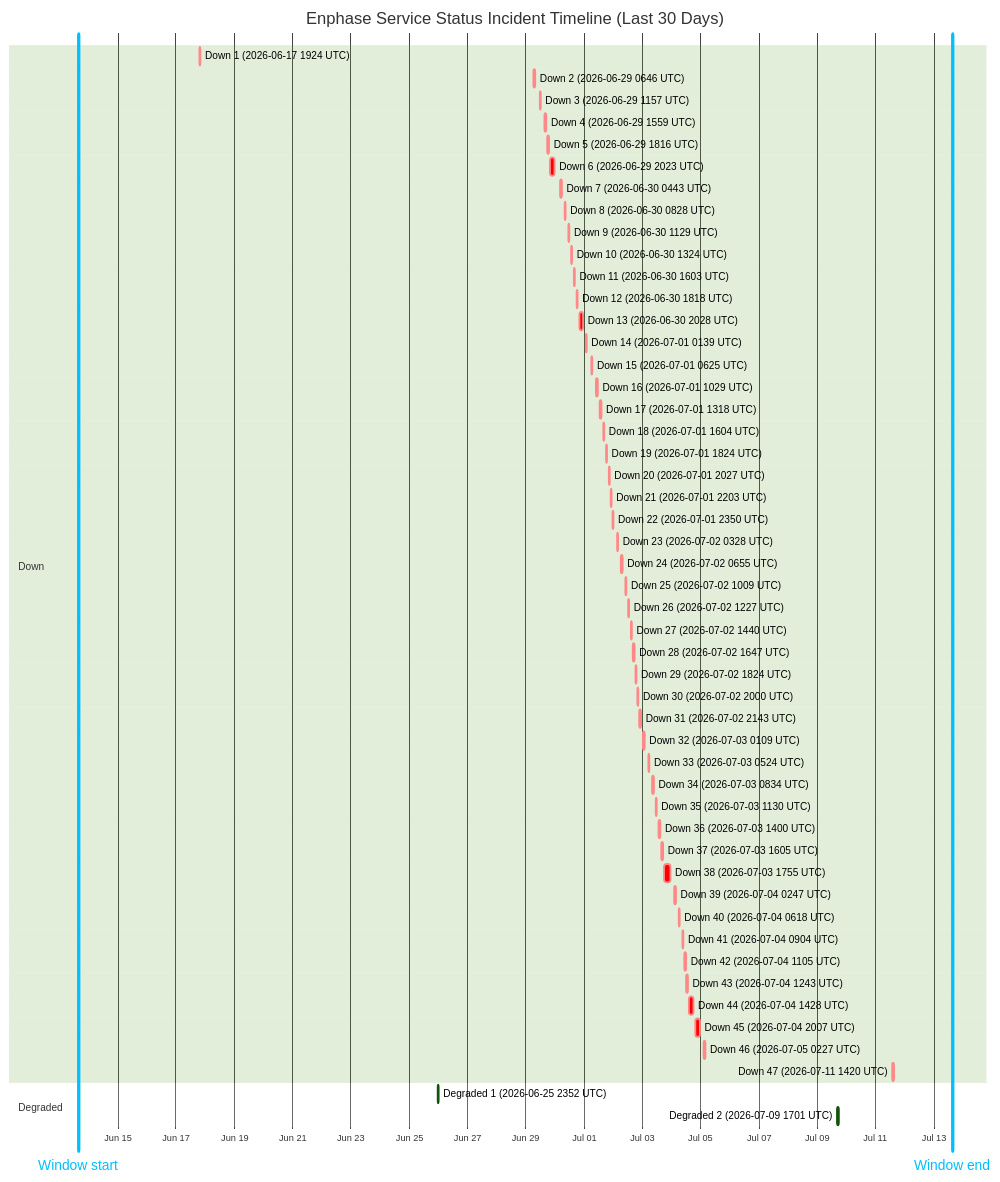
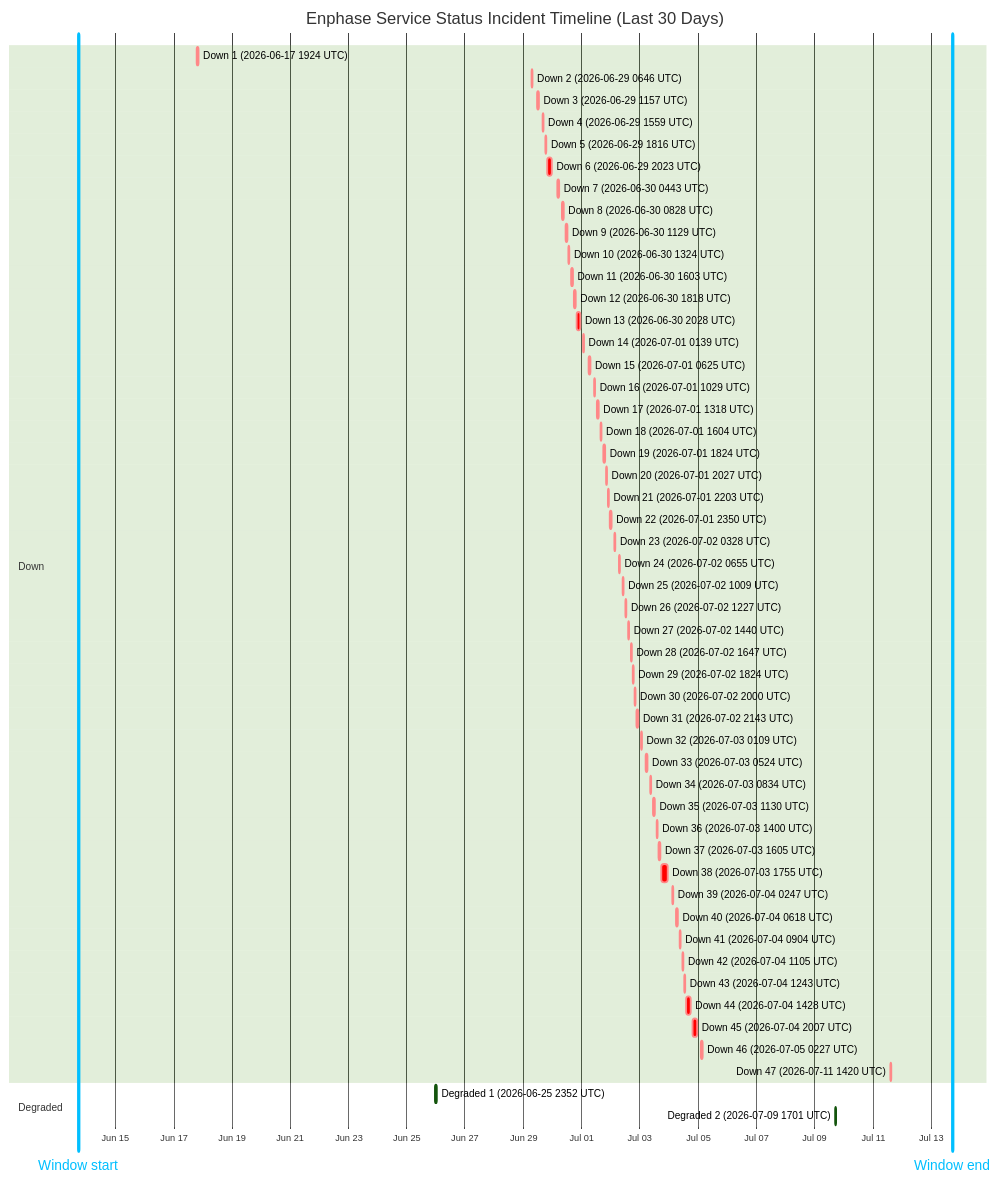
Before and after one commit to barneyonline/ha-enphase-energy: the diagram in wiki/Service-Status-History.md, drawn with Mermaid (forest theme). The commit also changed other lines of this file and 3 other files, not shown here.

````diff
--- a/wiki/Service-Status-History.md
+++ b/wiki/Service-Status-History.md
@@ -14,59 +14,59 @@
 ```mermaid
 gantt
     title Enphase Service Status Incident Timeline (Last 30 Days)
     dateFormat  YYYY-MM-DDTHH:mm:ss
     axisFormat  %b %d
-    Window start :vert, window-start, 2026-06-13T15:26:17, 0ms
-    Window end :vert, window-end, 2026-07-13T15:26:17, 0ms
+    Window start :vert, window-start, 2026-06-13T17:29:58, 0ms
+    Window end :vert, window-end, 2026-07-13T17:29:58, 0ms
     section Down
     Down 1 (2026-06-17 1924 UTC) :crit, down-1, 2026-06-17T19:24:51, 60m
     Down 2 (2026-06-29 0646 UTC) :crit, down-2, 2026-06-29T06:46:18, 60m
     Down 3 (2026-06-29 1157 UTC) :crit, down-3, 2026-06-29T11:57:36, 60m
     Down 4 (2026-06-29 1559 UTC) :crit, down-4, 2026-06-29T15:59:02, 60m
     Down 5 (2026-06-29 1816 UTC) :crit, down-5, 2026-06-29T18:16:38, 60m
     Down 6 (2026-06-29 2023 UTC) :crit, down-6, 2026-06-29T20:23:16, 220m
     Down 7 (2026-06-30 0443 UTC) :crit, down-7, 2026-06-30T04:43:54, 60m
     Down 8 (2026-06-30 0828 UTC) :crit, down-8, 2026-06-30T08:28:43, 60m
     Down 9 (2026-06-30 1129 UTC) :crit, down-9, 2026-06-30T11:29:15, 60m
     Down 10 (2026-06-30 1324 UTC) :crit, down-10, 2026-06-30T13:24:25, 60m
     Down 11 (2026-06-30 1603 UTC) :crit, down-11, 2026-06-30T16:03:26, 60m
     Down 12 (2026-06-30 1818 UTC) :crit, down-12, 2026-06-30T18:18:39, 60m
     Down 13 (2026-06-30 2028 UTC) :crit, down-13, 2026-06-30T20:28:54, 171m
     Down 14 (2026-07-01 0139 UTC) :crit, down-14, 2026-07-01T01:39:18, 60m
     Down 15 (2026-07-01 0625 UTC) :crit, down-15, 2026-07-01T06:25:35, 60m
     Down 16 (2026-07-01 1029 UTC) :crit, down-16, 2026-07-01T10:29:24, 60m
     Down 17 (2026-07-01 1318 UTC) :crit, down-17, 2026-07-01T13:18:31, 60m
     Down 18 (2026-07-01 1604 UTC) :crit, down-18, 2026-07-01T16:04:29, 60m
     Down 19 (2026-07-01 1824 UTC) :crit, down-19, 2026-07-01T18:24:21, 60m
     Down 20 (2026-07-01 2027 UTC) :crit, down-20, 2026-07-01T20:27:17, 60m
     Down 21 (2026-07-01 2203 UTC) :crit, down-21, 2026-07-01T22:03:46, 60m
     Down 22 (2026-07-01 2350 UTC) :crit, down-22, 2026-07-01T23:50:52, 60m
     Down 23 (2026-07-02 0328 UTC) :crit, down-23, 2026-07-02T03:28:33, 60m
     Down 24 (2026-07-02 0655 UTC) :crit, down-24, 2026-07-02T06:55:07, 60m
     Down 25 (2026-07-02 1009 UTC) :crit, down-25, 2026-07-02T10:09:15, 60m
     Down 26 (2026-07-02 1227 UTC) :crit, down-26, 2026-07-02T12:27:49, 60m
     Down 27 (2026-07-02 1440 UTC) :crit, down-27, 2026-07-02T14:40:53, 60m
     Down 28 (2026-07-02 1647 UTC) :crit, down-28, 2026-07-02T16:47:47, 60m
     Down 29 (2026-07-02 1824 UTC) :crit, down-29, 2026-07-02T18:24:26, 60m
     Down 30 (2026-07-02 2000 UTC) :crit, down-30, 2026-07-02T20:00:57, 60m
     Down 31 (2026-07-02 2143 UTC) :crit, down-31, 2026-07-02T21:43:52, 80m
     Down 32 (2026-07-03 0109 UTC) :crit, down-32, 2026-07-03T01:09:19, 60m
     Down 33 (2026-07-03 0524 UTC) :crit, down-33, 2026-07-03T05:24:23, 60m
     Down 34 (2026-07-03 0834 UTC) :crit, down-34, 2026-07-03T08:34:05, 60m
     Down 35 (2026-07-03 1130 UTC) :crit, down-35, 2026-07-03T11:30:41, 60m
     Down 36 (2026-07-03 1400 UTC) :crit, down-36, 2026-07-03T14:00:48, 60m
     Down 37 (2026-07-03 1605 UTC) :crit, down-37, 2026-07-03T16:05:49, 60m
     Down 38 (2026-07-03 1755 UTC) :crit, down-38, 2026-07-03T17:55:54, 338m
     Down 39 (2026-07-04 0247 UTC) :crit, down-39, 2026-07-04T02:47:22, 60m
     Down 40 (2026-07-04 0618 UTC) :crit, down-40, 2026-07-04T06:18:09, 60m
     Down 41 (2026-07-04 0904 UTC) :crit, down-41, 2026-07-04T09:04:41, 60m
     Down 42 (2026-07-04 1105 UTC) :crit, down-42, 2026-07-04T11:05:21, 60m
     Down 43 (2026-07-04 1243 UTC) :crit, down-43, 2026-07-04T12:43:25, 60m
     Down 44 (2026-07-04 1428 UTC) :crit, down-44, 2026-07-04T14:28:07, 243m
     Down 45 (2026-07-04 2007 UTC) :crit, down-45, 2026-07-04T20:07:50, 206m
     Down 46 (2026-07-05 0227 UTC) :crit, down-46, 2026-07-05T02:27:32, 109m
     Down 47 (2026-07-11 1420 UTC) :crit, down-47, 2026-07-11T14:20:54, 69m
     section Degraded
     Degraded 1 (2026-06-25 2352 UTC) :active, degraded-1, 2026-06-25T23:52:01, 60m
     Degraded 2 (2026-07-09 1701 UTC) :active, degraded-2, 2026-07-09T17:01:02, 60m
 ```
````
